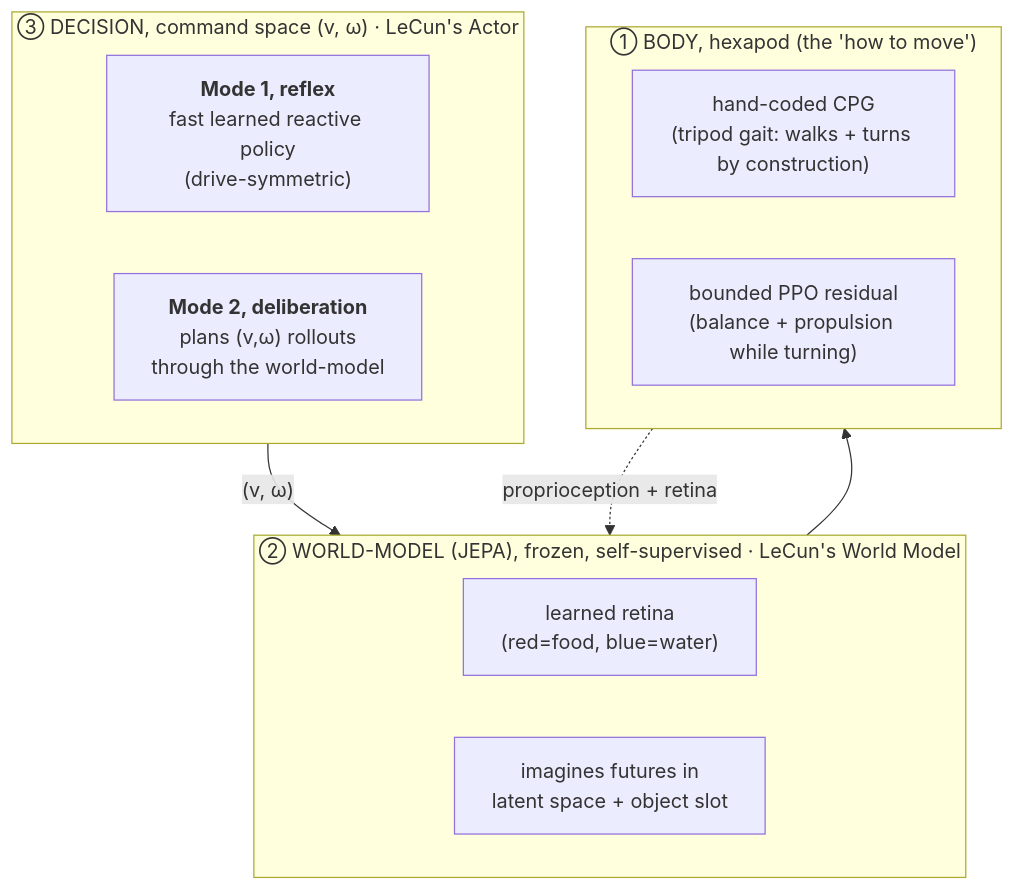
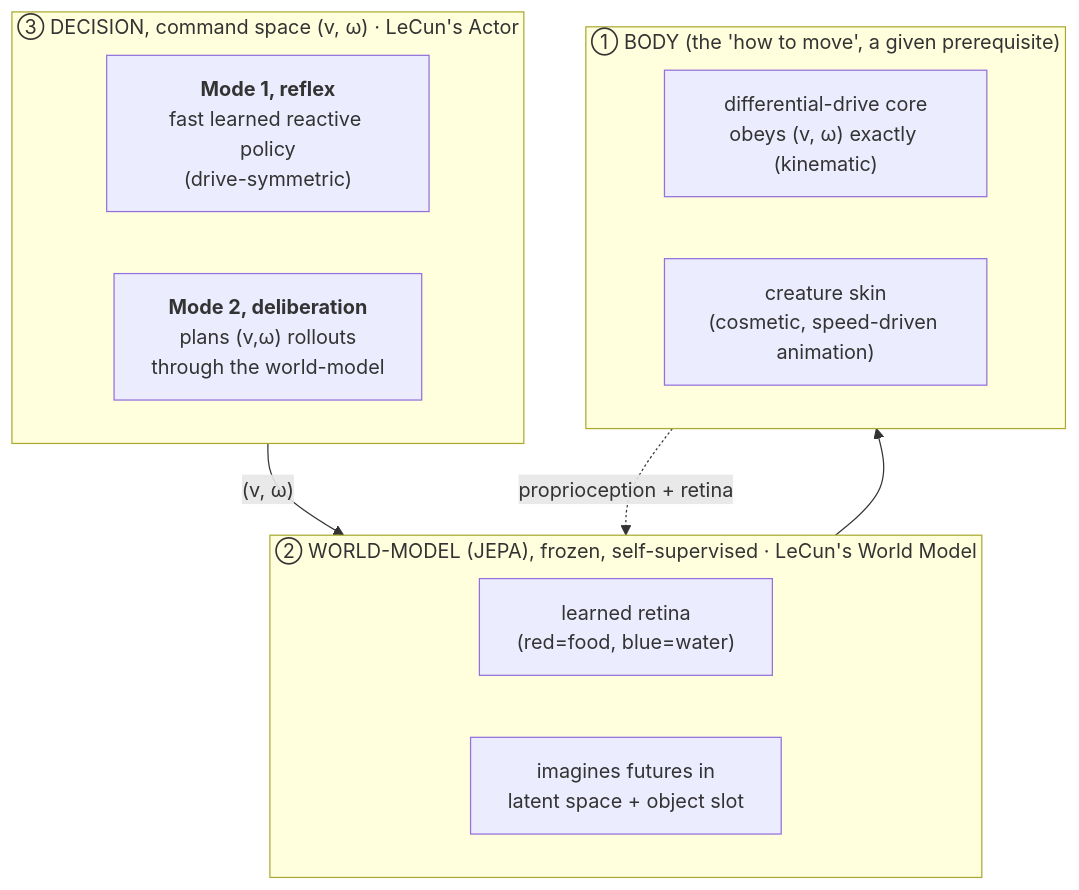
The third of 3 diagrams in README.md (edgarbnt/Sylvan), drawn with Mermaid before and after one commit. The commit also changed other lines of this file and 1 other file, not shown here.

First line of the commit message:
docs(readme): refresh body/locomotion + status to the current kinematic creature

````diff
--- a/README.md
+++ b/README.md
@@ -85,18 +85,18 @@
 ```mermaid
 flowchart TB
     subgraph BRAIN["③ DECISION, command space (v, ω)  ·  LeCun's Actor"]
         M1["<b>Mode 1, reflex</b><br/>fast learned reactive policy<br/>(drive-symmetric)"]
         M2["<b>Mode 2, deliberation</b><br/>plans (v,ω) rollouts<br/>through the world-model"]
     end
     subgraph WM["② WORLD-MODEL (JEPA), frozen, self-supervised  ·  LeCun's World Model"]
         P["learned retina<br/>(red=food, blue=water)"]
         I["imagines futures in<br/>latent space + object slot"]
     end
-    subgraph BODY["① BODY, hexapod (the 'how to move')"]
-        CPG["hand-coded CPG<br/>(tripod gait: walks + turns by construction)"]
-        RES["bounded PPO residual<br/>(balance + propulsion while turning)"]
+    subgraph BODY["① BODY (the 'how to move', a given prerequisite)"]
+        KIN["differential-drive core<br/>obeys (v, ω) exactly (kinematic)"]
+        SKIN["creature skin<br/>(cosmetic, speed-driven animation)"]
     end
     BRAIN -- "(v, ω)" --> WM
     WM --> BODY
     BODY -. "proprioception + retina" .-> WM
 ```
````
